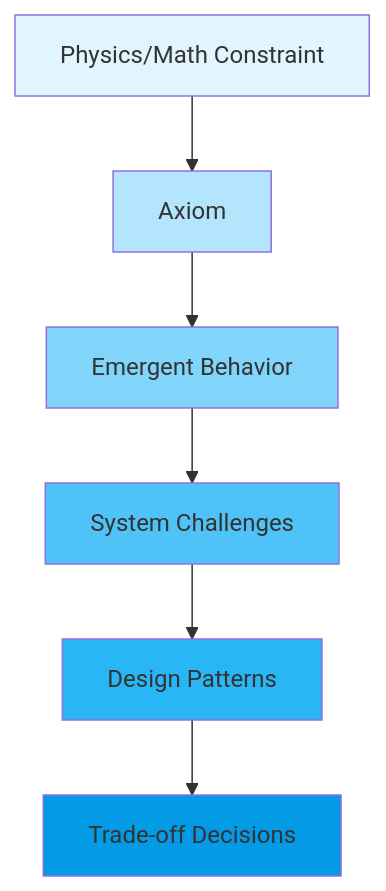
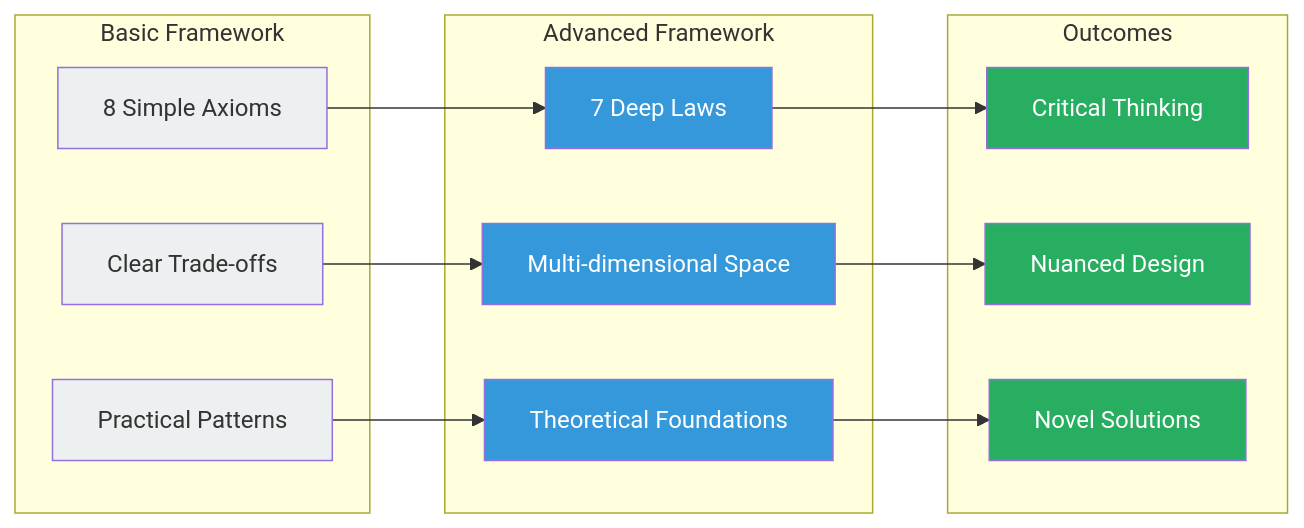
The second of 2 diagrams in docs/part1-axioms/index.md (deepaucksharma/DStudio), drawn with Mermaid before and after one commit. The commit also changed other lines of this file and 103 other files, not shown here.

````diff
--- a/docs/part1-axioms/index.md
+++ b/docs/part1-axioms/index.md
@@ -490,15 +211,38 @@
 ```mermaid
-flowchart TD
-    A[Physics/Math Constraint] --> B[Axiom]
-    B --> C[Emergent Behavior]
-    C --> D[System Challenges]
-    D --> E[Design Patterns]
-    E --> F[Trade-off Decisions]
+graph LR
+    subgraph "Basic Framework"
+        B1[8 Simple Axioms]
+        B2[Clear Trade-offs]
+        B3[Practical Patterns]
+    end
     
-    style A fill:#e1f5fe
-    style B fill:#b3e5fc
-    style C fill:#81d4fa
-    style D fill:#4fc3f7
-    style E fill:#29b6f6
-    style F fill:#039be5
+    subgraph "Advanced Framework"
+        A1[7 Deep Laws]
+        A2[Multi-dimensional Space]
+        A3[Theoretical Foundations]
+    end
+    
+    subgraph "Outcomes"
+        O1[Critical Thinking]
+        O2[Nuanced Design]
+        O3[Novel Solutions]
+    end
+    
+    B1 --> A1
+    B2 --> A2
+    B3 --> A3
+    
+    A1 --> O1
+    A2 --> O2
+    A3 --> O3
+    
+    style B1 fill:#ecf0f1
+    style B2 fill:#ecf0f1
+    style B3 fill:#ecf0f1
+    style A1 fill:#3498db,color:#fff
+    style A2 fill:#3498db,color:#fff
+    style A3 fill:#3498db,color:#fff
+    style O1 fill:#27ae60,color:#fff
+    style O2 fill:#27ae60,color:#fff
+    style O3 fill:#27ae60,color:#fff
 ```
````
